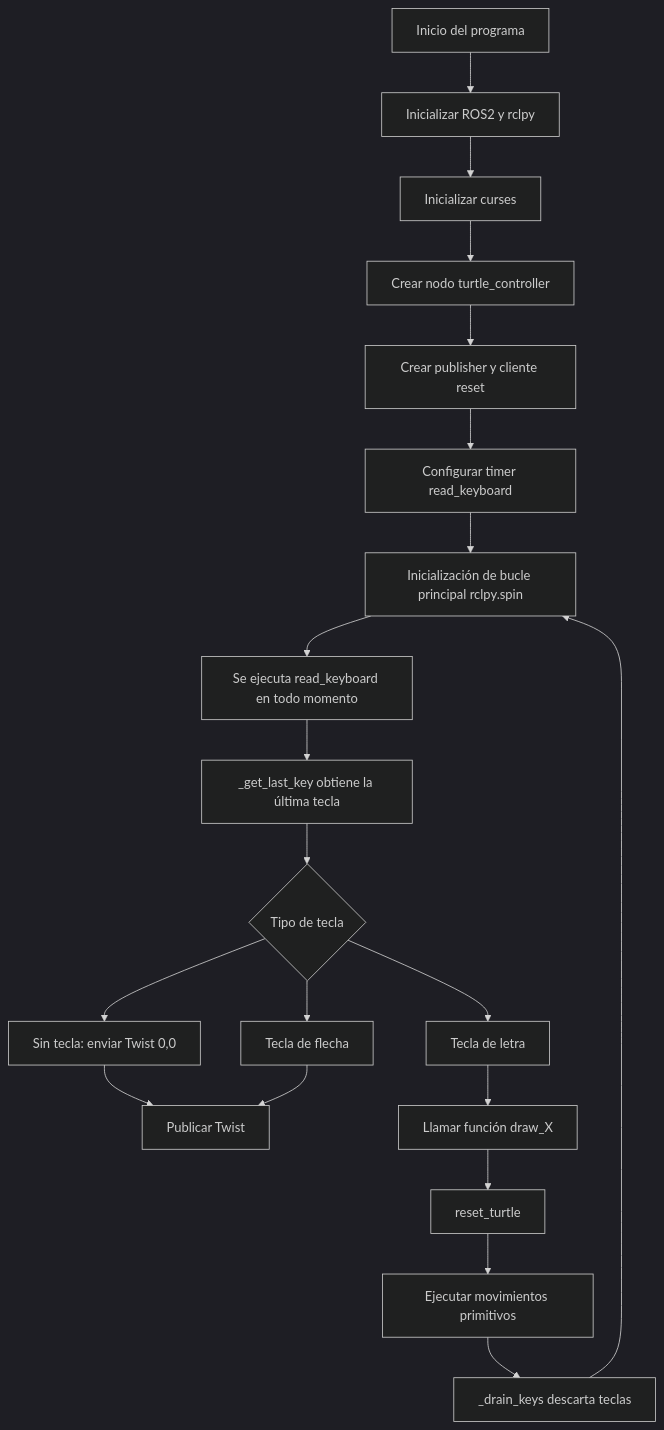
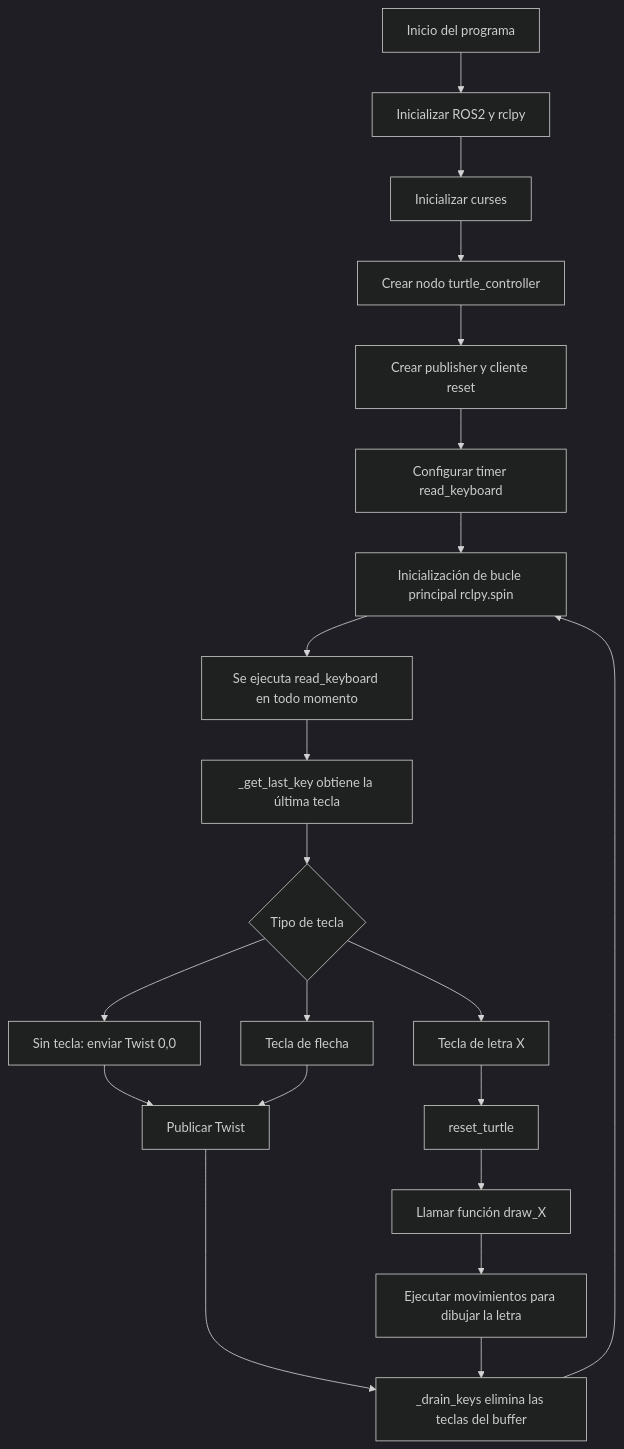
Before and after one commit to jotavo21/Lab04_Robotica_2025_2: the diagram in README.md, drawn with Mermaid (dark theme).

````diff
--- a/README.md
+++ b/README.md
@@ -22,27 +22,27 @@
 ```mermaid
 flowchart TD
 
     A[Inicio del programa] --> B[Inicializar ROS2 y rclpy]
     B --> C[Inicializar curses]
     C --> D[Crear nodo turtle_controller]
     D --> E[Crear publisher y cliente reset]
     E --> F[Configurar timer read_keyboard]
     F --> G[Inicialización de bucle principal rclpy.spin]
 
     G --> H[Se ejecuta read_keyboard en todo momento]
     H --> I[_get_last_key obtiene la última tecla]
 
     I --> J{Tipo de tecla}
     J --> K[Sin tecla: enviar Twist 0,0]
     J --> L[Tecla de flecha]
-    J --> M[Tecla de letra]
+    J --> M[Tecla de letra X]
 
     K --> N[Publicar Twist]
     L --> N
-
-    M --> O[Llamar función draw_X]
-    O --> P[reset_turtle]
-    P --> Q[Ejecutar movimientos primitivos]
-    Q --> R[_drain_keys descarta teclas]
+    N--> R 
+    M --> O[reset_turtle]
+    O --> P[Llamar función draw_X]
+    P --> Q[Ejecutar movimientos para dibujar la letra]
+    Q --> R[_drain_keys elimina las teclas del buffer]
     R --> G
 ```
````
